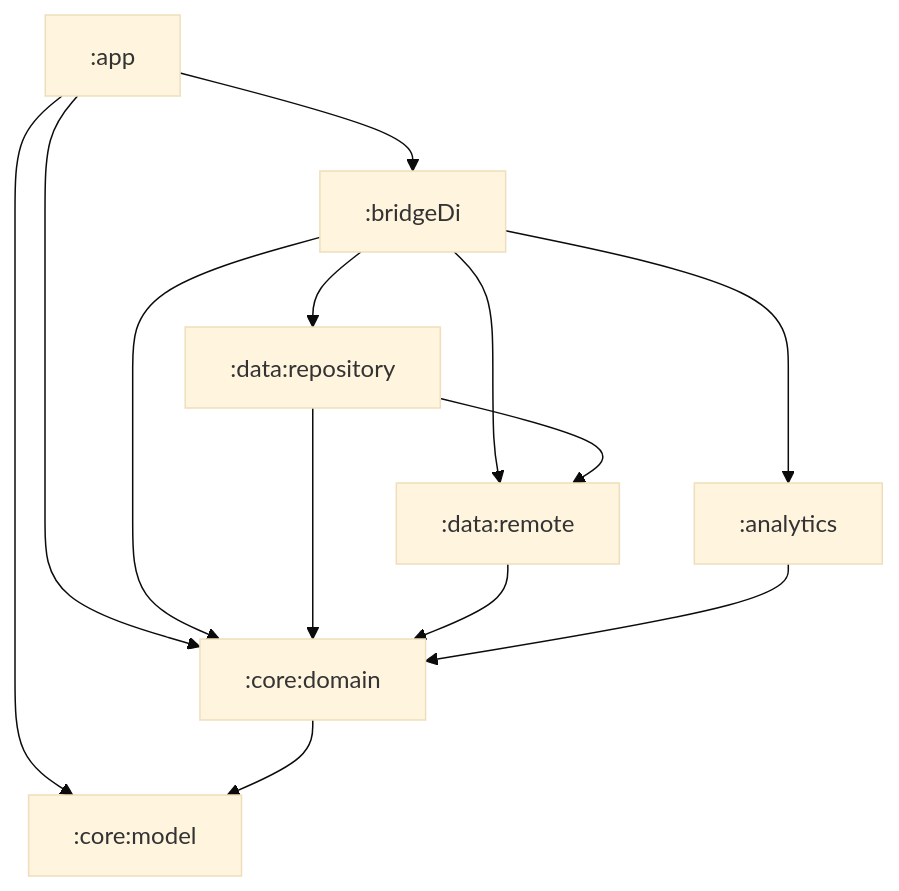
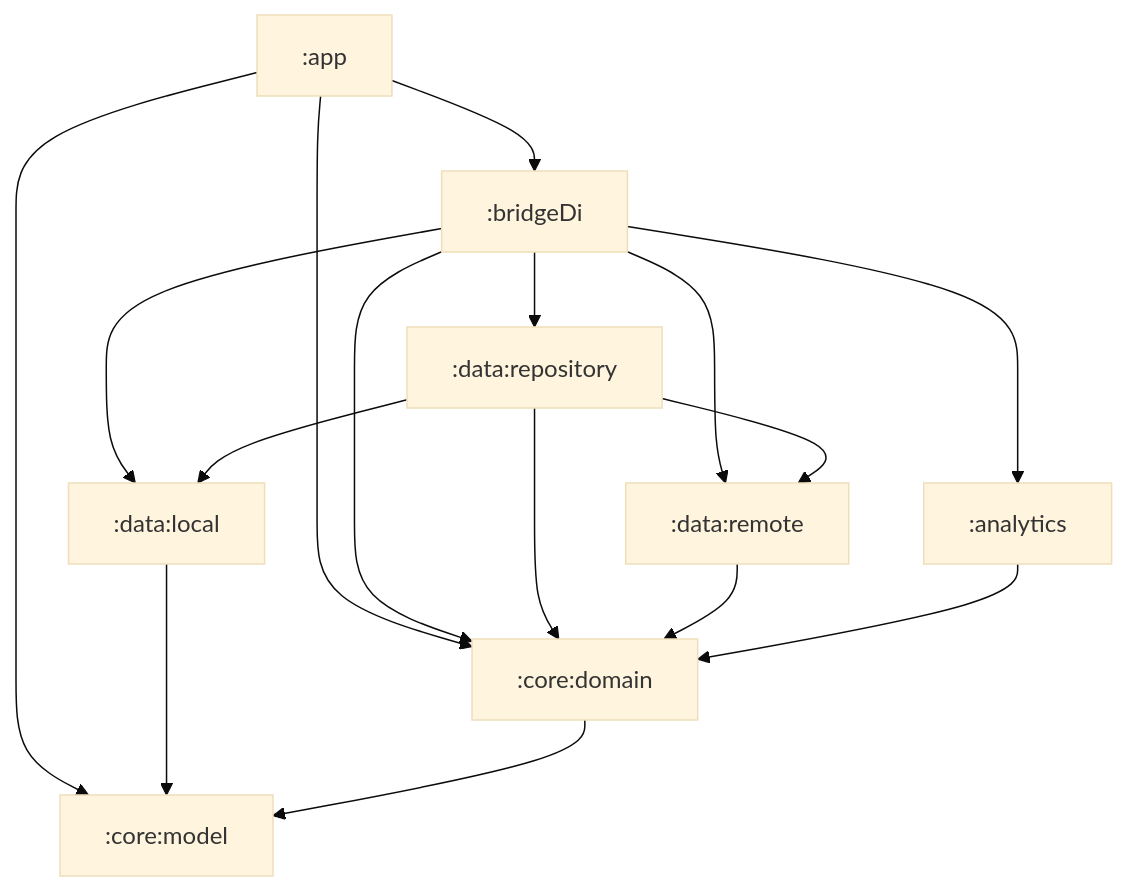
Before and after one commit to germanbustamante/Ringtone-Manager: the diagram in README.md, drawn with Mermaid (base theme). The commit also changed other lines of this file, not shown here.

First line of the commit message:
[RM-1.0.0] Docs(readme): Update README to reflect completed architecture work

````diff
--- a/README.md
+++ b/README.md
@@ -64,15 +70,18 @@
 ```mermaid
 graph TD
     app[":app"] --> bridgeDi[":bridgeDi"]
     app --> coreDomain[":core:domain"]
     app --> coreModel[":core:model"]
     bridgeDi --> dataRepository[":data:repository"]
     bridgeDi --> dataRemote[":data:remote"]
+    bridgeDi --> dataLocal[":data:local"]
     bridgeDi --> analytics[":analytics"]
     bridgeDi --> coreDomain
     dataRepository --> dataRemote
+    dataRepository --> dataLocal
     dataRepository --> coreDomain
     dataRemote --> coreDomain
+    dataLocal --> coreModel
     analytics --> coreDomain
     coreDomain --> coreModel
 ```
````
